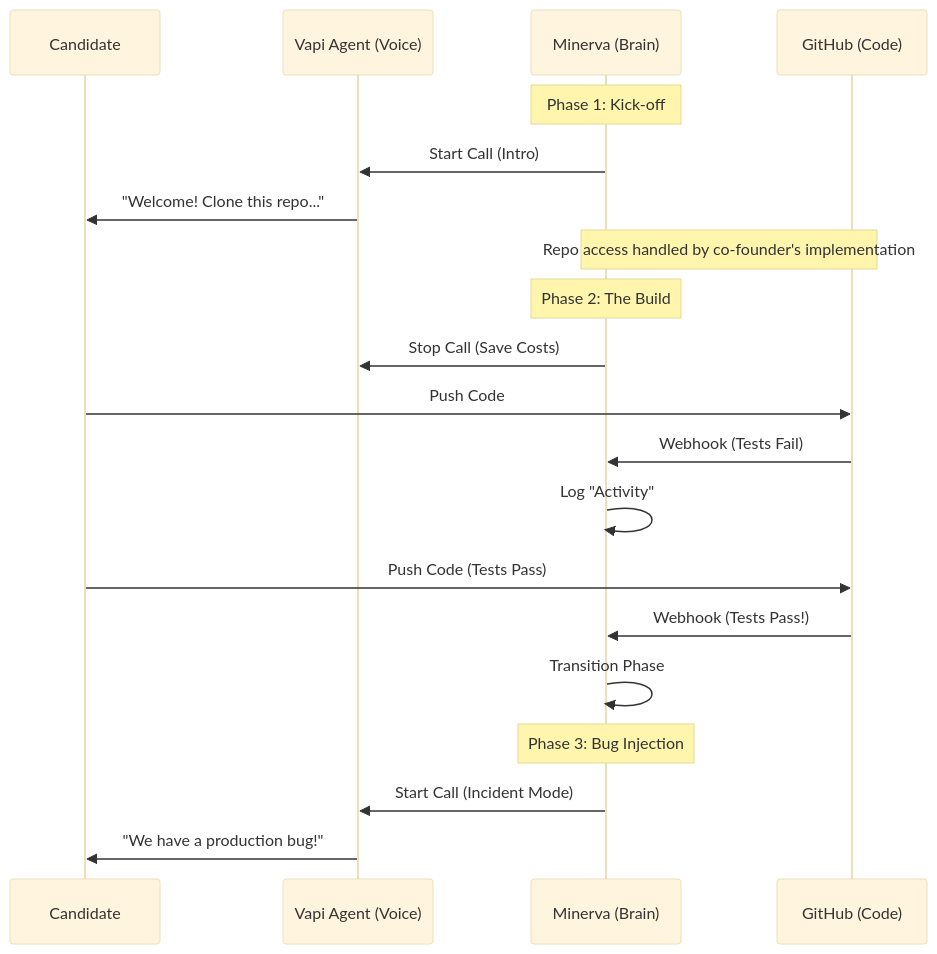
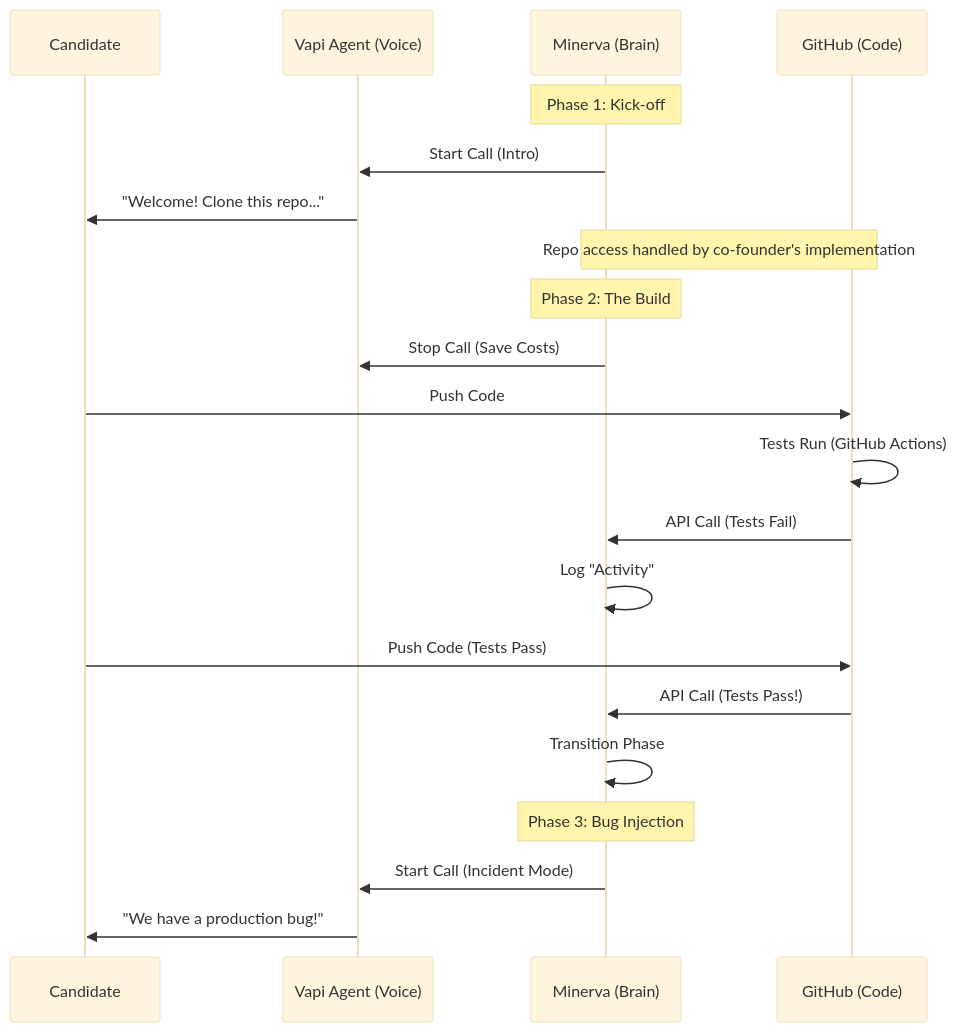
Before and after one commit to AaronSoekiatno/ColdStart: the diagram in README.md, drawn with Mermaid (base theme). The commit also changed other lines of this file and 7 other files, not shown here.

Commit message:
deleted references to old webhook and ngrok architecture

````diff
--- a/README.md
+++ b/README.md
@@ -11,25 +11,26 @@
 ```mermaid
 sequenceDiagram
     participant C as Candidate
     participant V as Vapi Agent (Voice)
     participant M as Minerva (Brain)
     participant G as GitHub (Code)
 
     Note over M: Phase 1: Kick-off
     M->>V: Start Call (Intro)
     V->>C: "Welcome! Clone this repo..."
     Note over M,G: Repo access handled by co-founder's implementation
     
     Note over M: Phase 2: The Build
     M->>V: Stop Call (Save Costs)
     C->>G: Push Code
-    G->>M: Webhook (Tests Fail)
+    G->>G: Tests Run (GitHub Actions)
+    G->>M: API Call (Tests Fail)
     M->>M: Log "Activity"
     C->>G: Push Code (Tests Pass)
-    G->>M: Webhook (Tests Pass!)
+    G->>M: API Call (Tests Pass!)
     M->>M: Transition Phase
 
     Note over M: Phase 3: Bug Injection
     M->>V: Start Call (Incident Mode)
     V->>C: "We have a production bug!"
 ```
````
